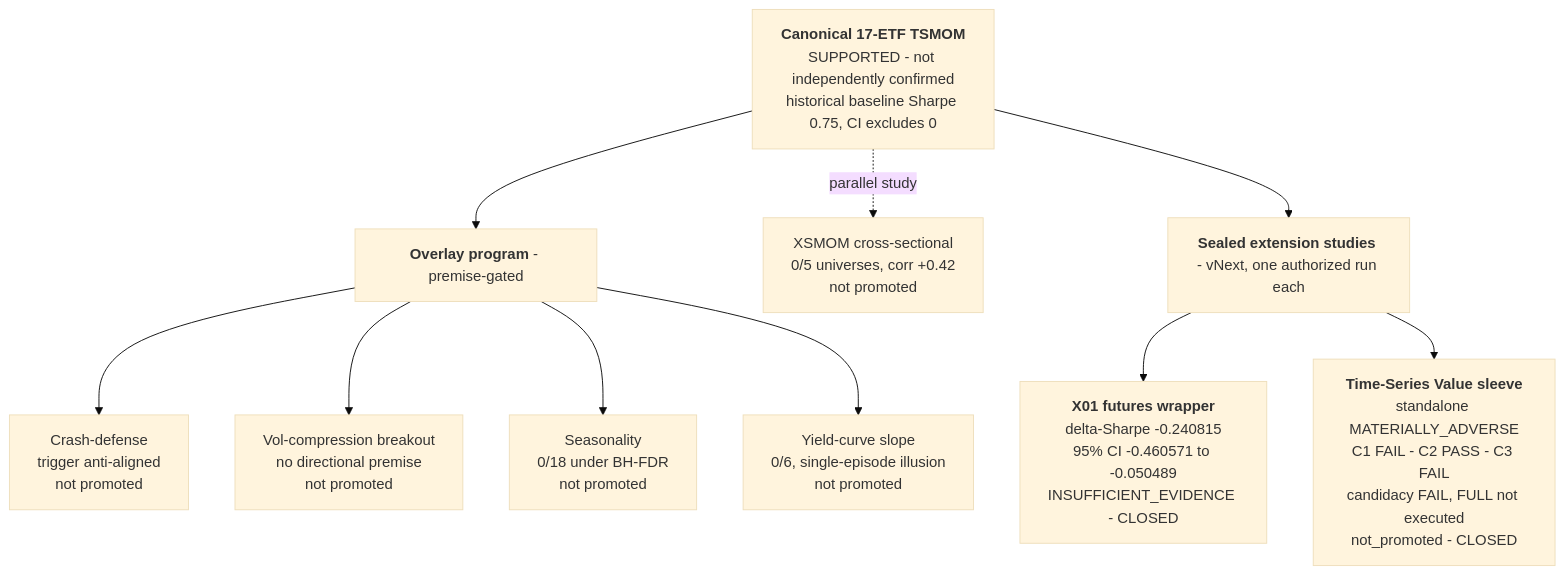
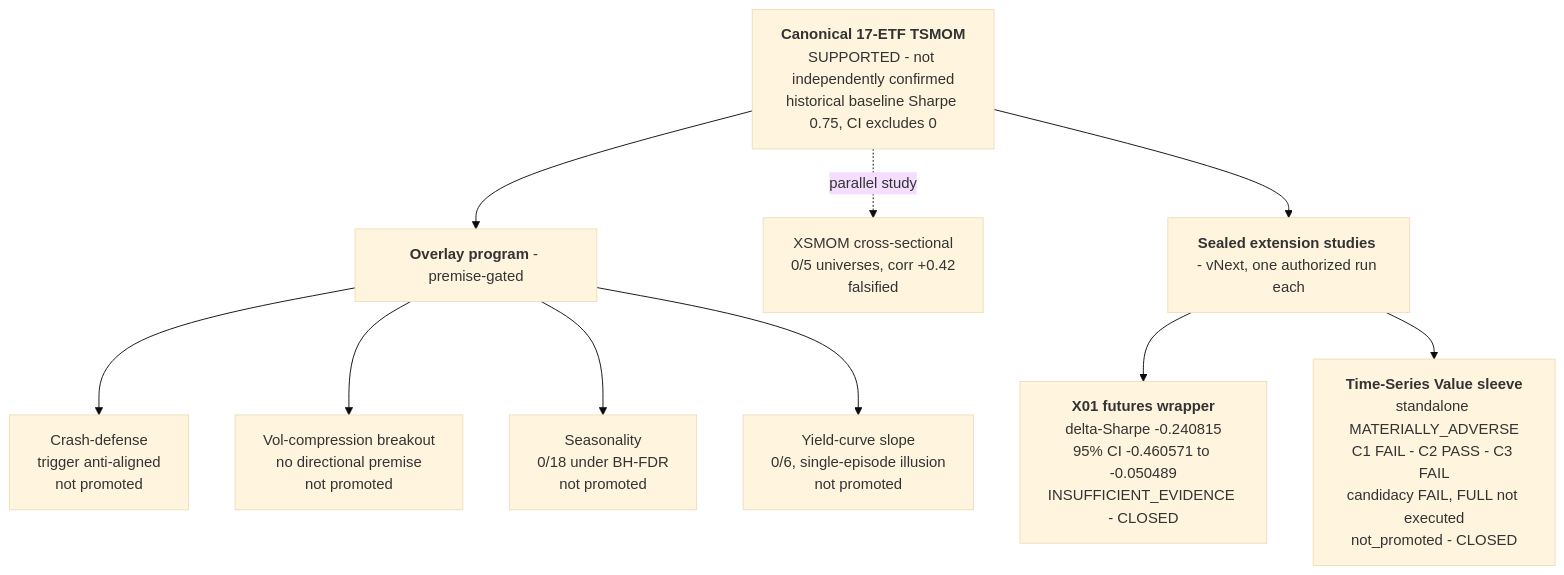
One commit to AaroNLaU0307/multi-asset-tsmom-research changed the first of 2 diagrams in README.md. Above: the diagram before and after it, drawn with Mermaid (base theme). The commit also changed other lines of this file, not shown here.

````diff
--- a/README.md
+++ b/README.md
@@ -57,16 +57,16 @@
 ```mermaid
 flowchart TD
     CORE["<b>Canonical 17-ETF TSMOM</b><br/>SUPPORTED - not independently confirmed<br/>historical baseline Sharpe 0.75, CI excludes 0"]
 
     CORE --> OV["<b>Overlay program</b> - premise-gated"]
     OV --> O1["Crash-defense<br/>trigger anti-aligned<br/>not promoted"]
     OV --> O2["Vol-compression breakout<br/>no directional premise<br/>not promoted"]
     OV --> O3["Seasonality<br/>0/18 under BH-FDR<br/>not promoted"]
     OV --> O4["Yield-curve slope<br/>0/6, single-episode illusion<br/>not promoted"]
 
-    CORE -. parallel study .-> X["XSMOM cross-sectional<br/>0/5 universes, corr +0.42<br/>not promoted"]
+    CORE -. parallel study .-> X["XSMOM cross-sectional<br/>0/5 universes, corr +0.42<br/>falsified"]
 
     CORE --> EXT["<b>Sealed extension studies</b> - vNext, one authorized run each"]
     EXT --> X01["<b>X01 futures wrapper</b><br/>delta-Sharpe -0.240815<br/>95% CI -0.460571 to -0.050489<br/>INSUFFICIENT_EVIDENCE - CLOSED"]
     EXT --> VAL["<b>Time-Series Value sleeve</b><br/>standalone MATERIALLY_ADVERSE<br/>C1 FAIL - C2 PASS - C3 FAIL<br/>candidacy FAIL, FULL not executed<br/>not_promoted - CLOSED"]
 ```
````
